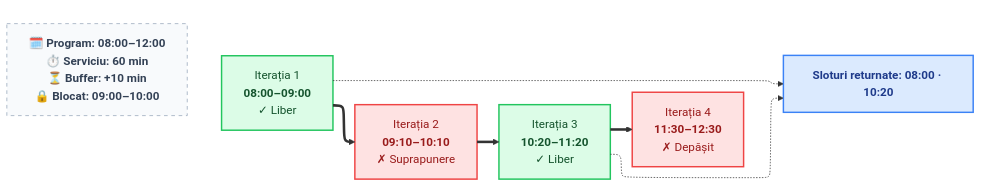
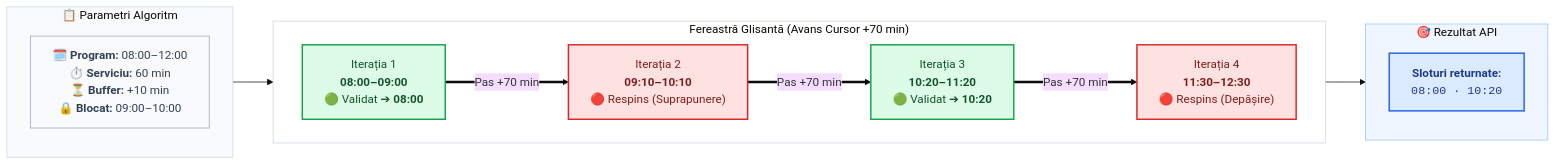
Before and after one commit to Anelisgh/kinetocare: the seventh of 10 diagrams in README.md, drawn with Mermaid. The commit also changed other lines of this file, not shown here.

Commit message:
modificare fisiere md

````diff
--- a/README.md
+++ b/README.md
@@ -498,35 +511,47 @@
 ```mermaid
 ---
 config:
-  layout: elk
+  theme: base
   flowchart:
     curve: basis
+    nodeSpacing: 45
+    rankSpacing: 55
 ---
 flowchart LR
- subgraph SlidingWindow[" "]
-    direction LR
-        I1["Iterația 1<br><b>08:00–09:00</b><br>✓ Liber"]
-        I2["Iterația 2<br><b>09:10–10:10</b><br>✗ Suprapunere"]
-        I3["Iterația 3<br><b>10:20–11:20</b><br>✓ Liber"]
-        I4["Iterația 4<br><b>11:30–12:30</b><br>✗ Depășit"]
-  end
-    I1 ==> I2
-    I2 ==> I3
-    I3 ==> I4
-    Config["🗓️ Program: 08:00–12:00 <br> ⏱️ Serviciu: 60 min  <br>⏳ Buffer: +10 min <br> 🔒 Blocat: 09:00–10:00"] ~~~ SlidingWindow
-    SlidingWindow ~~~ Result["<b>Sloturi returnate: 08:00 · 10:20</b>"]
-    I1 -.-> Result
-    I3 -.-> Result
+    subgraph ConfigBox ["📋 Parametri Algoritm"]
+        Config["🗓️ <b>Program:</b> 08:00–12:00<br/>⏱️ <b>Serviciu:</b> 60 min<br/>⏳ <b>Buffer:</b> +10 min<br/>🔒 <b>Blocat:</b> 09:00–10:00"]
+    end
 
-     Config:::config
-     I1:::liber
-     I2:::eroare
-     I3:::liber
-     I4:::eroare
-     Result:::rezultat
-    classDef config fill:#f8fafc,stroke:#94a3b8,stroke-width:1px,color:#334155,font-weight:bold,stroke-dasharray: 5 5
-    classDef liber fill:#dcfce7,stroke:#22c55e,stroke-width:2px,color:#14532d
-    classDef eroare fill:#fee2e2,stroke:#ef4444,stroke-width:2px,color:#991b1b
-    classDef rezultat fill:#dbeafe,stroke:#3b82f6,stroke-width:2px,color:#1e3a8a
-    style SlidingWindow fill:transparent,stroke:transparent
+    subgraph WindowFlow ["Fereastră Glisantă (Avans Cursor +70 min)"]
+        direction LR
+        I1["Iterația 1<br/><b>08:00–09:00</b><br/>🟢 Validat ➔ <b>08:00</b>"]
+        I2["Iterația 2<br/><b>09:10–10:10</b><br/>🔴 Respins (Suprapunere)"]
+        I3["Iterația 3<br/><b>10:20–11:20</b><br/>🟢 Validat ➔ <b>10:20</b>"]
+        I4["Iterația 4<br/><b>11:30–12:30</b><br/>🔴 Respins (Depășire)"]
+
+        I1 ==>|"Pas +70 min"| I2
+        I2 ==>|"Pas +70 min"| I3
+        I3 ==>|"Pas +70 min"| I4
+    end
+
+    subgraph OutputBox ["🎯 Rezultat API"]
+        Result["<b>Sloturi returnate:</b><br/><code>08:00 · 10:20</code>"]
+    end
+
+    ConfigBox --> WindowFlow
+    WindowFlow --> OutputBox
+
+    classDef config fill:#f8fafc,stroke:#94a3b8,stroke-width:1px,color:#334155;
+    classDef liber fill:#dcfce7,stroke:#16a34a,stroke-width:2px,color:#14532d;
+    classDef eroare fill:#fee2e2,stroke:#dc2626,stroke-width:2px,color:#7f1d1d;
+    classDef rez fill:#dbeafe,stroke:#2563eb,stroke-width:2px,color:#1e3a8a;
+
+    class Config config;
+    class I1,I3 liber;
+    class I2,I4 eroare;
+    class Result rez;
+
+    style ConfigBox fill:#f8fafc,stroke:#cbd5e1,stroke-width:1px
+    style WindowFlow fill:#ffffff,stroke:#cbd5e1,stroke-width:1px
+    style OutputBox fill:#eff6ff,stroke:#93c5fd,stroke-width:1px
 ```
````
